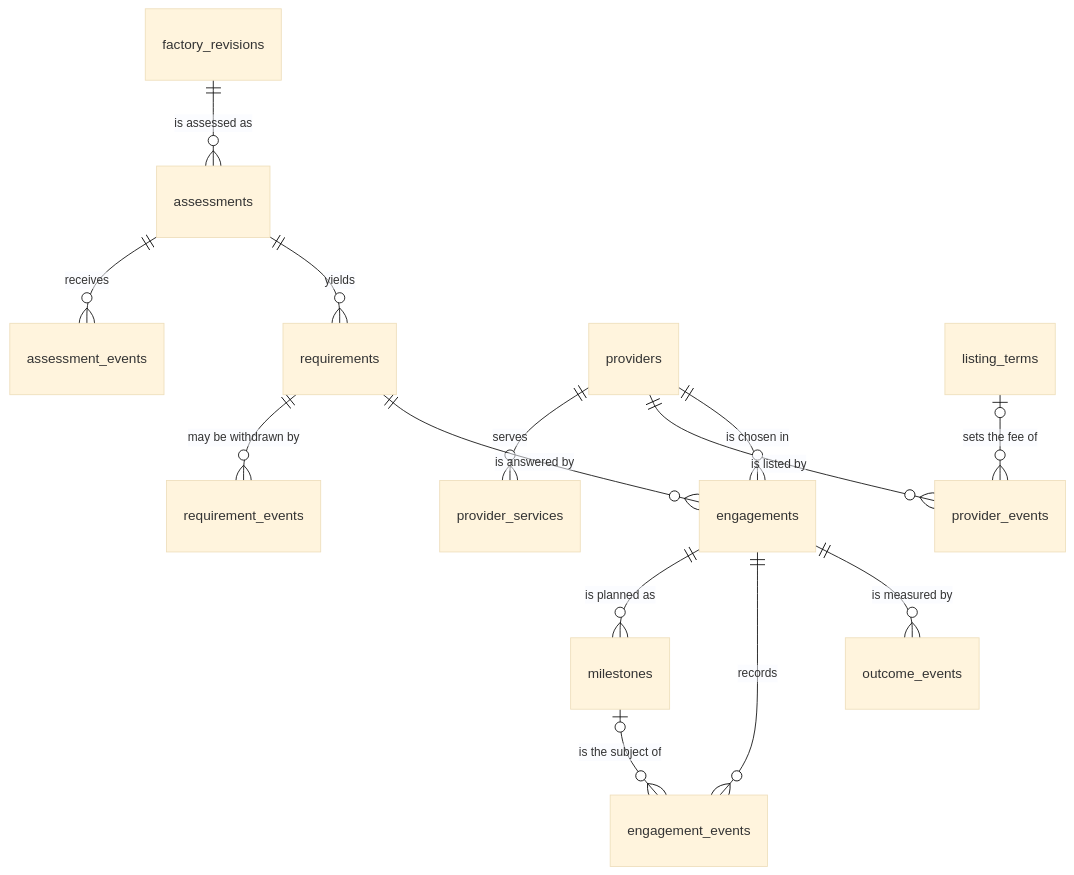
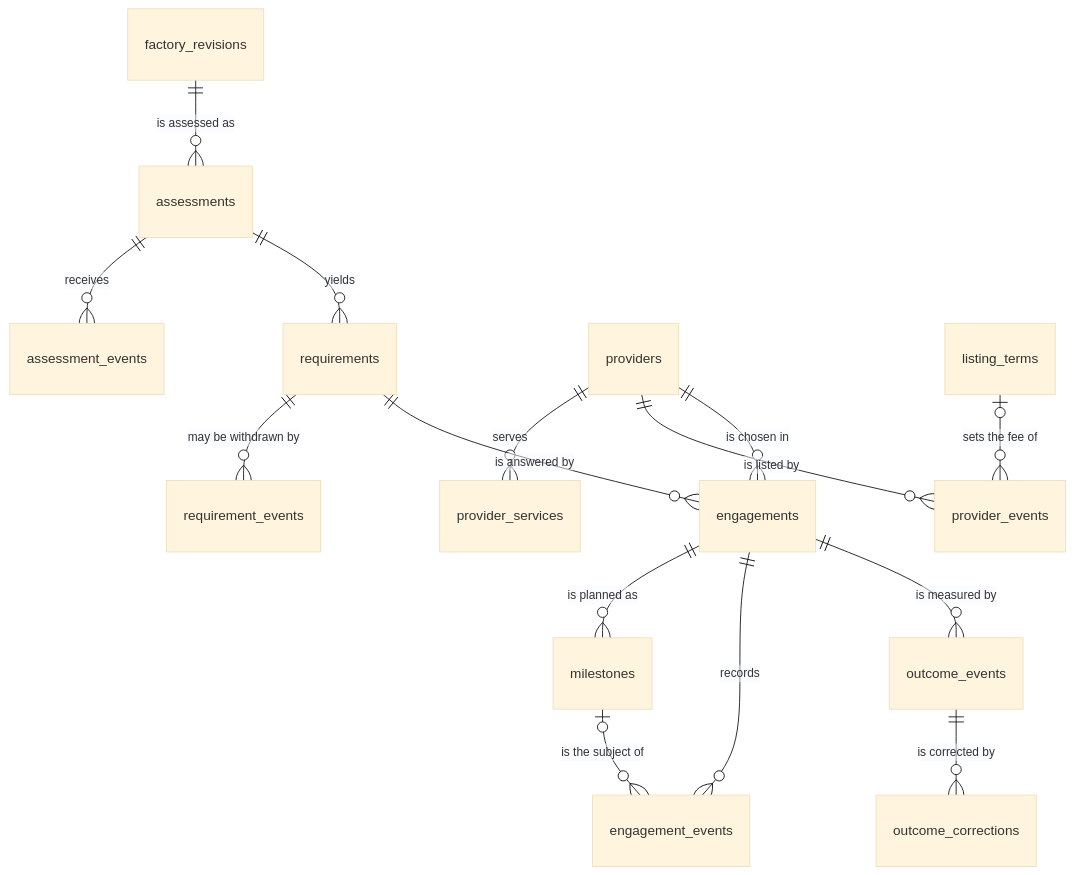
One commit to nakul175/aplyd-msme-platform changed the first of 5 diagrams in docs/design/DATA-DICTIONARY.md. Above: the diagram before and after it, drawn with Mermaid (base theme). The commit also changed other lines of this file and 3 other files, not shown here.

````diff
--- a/docs/design/DATA-DICTIONARY.md
+++ b/docs/design/DATA-DICTIONARY.md
@@ -86,16 +86,17 @@
 ```mermaid
 erDiagram
   factory_revisions ||--o{ assessments : "is assessed as"
   assessments ||--o{ assessment_events : "receives"
   assessments ||--o{ requirements : "yields"
   requirements ||--o{ requirement_events : "may be withdrawn by"
   providers ||--o{ provider_services : "serves"
   listing_terms |o--o{ provider_events : "sets the fee of"
   providers ||--o{ provider_events : "is listed by"
   requirements ||--o{ engagements : "is answered by"
   providers ||--o{ engagements : "is chosen in"
   engagements ||--o{ milestones : "is planned as"
   milestones |o--o{ engagement_events : "is the subject of"
   engagements ||--o{ engagement_events : "records"
   engagements ||--o{ outcome_events : "is measured by"
+  outcome_events ||--o{ outcome_corrections : "is corrected by"
 ```
````
